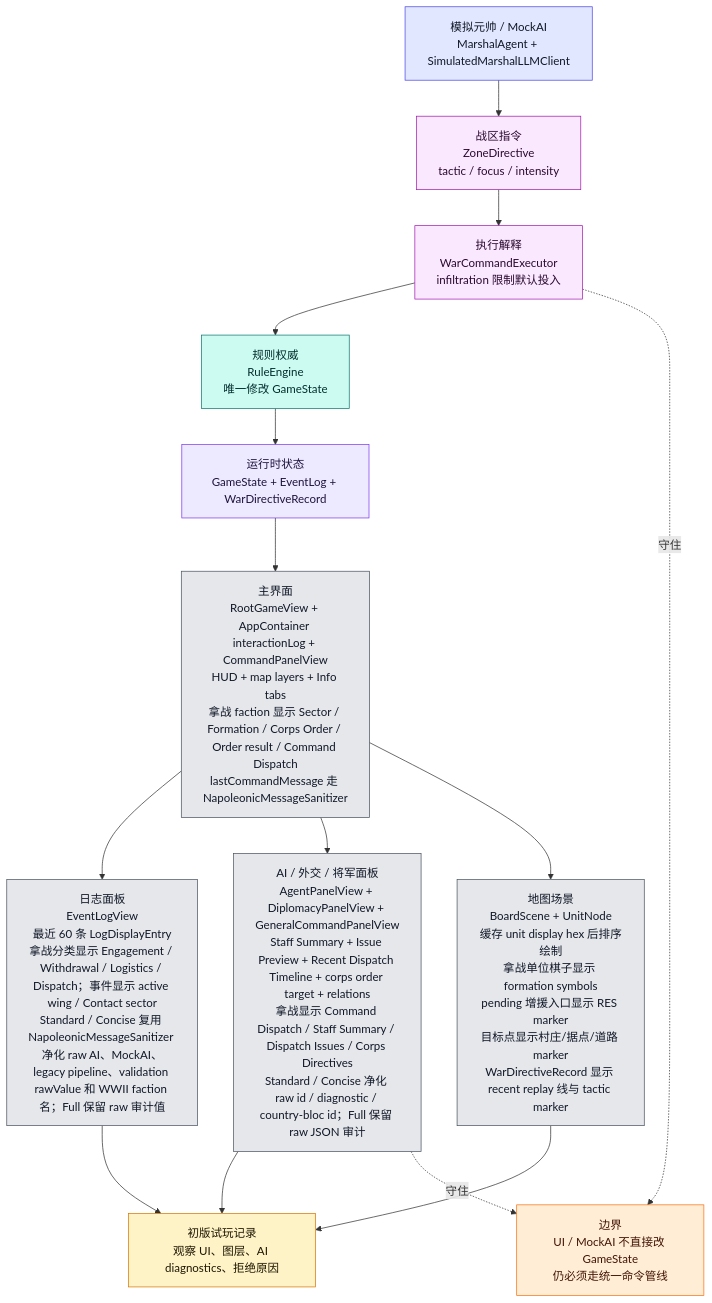
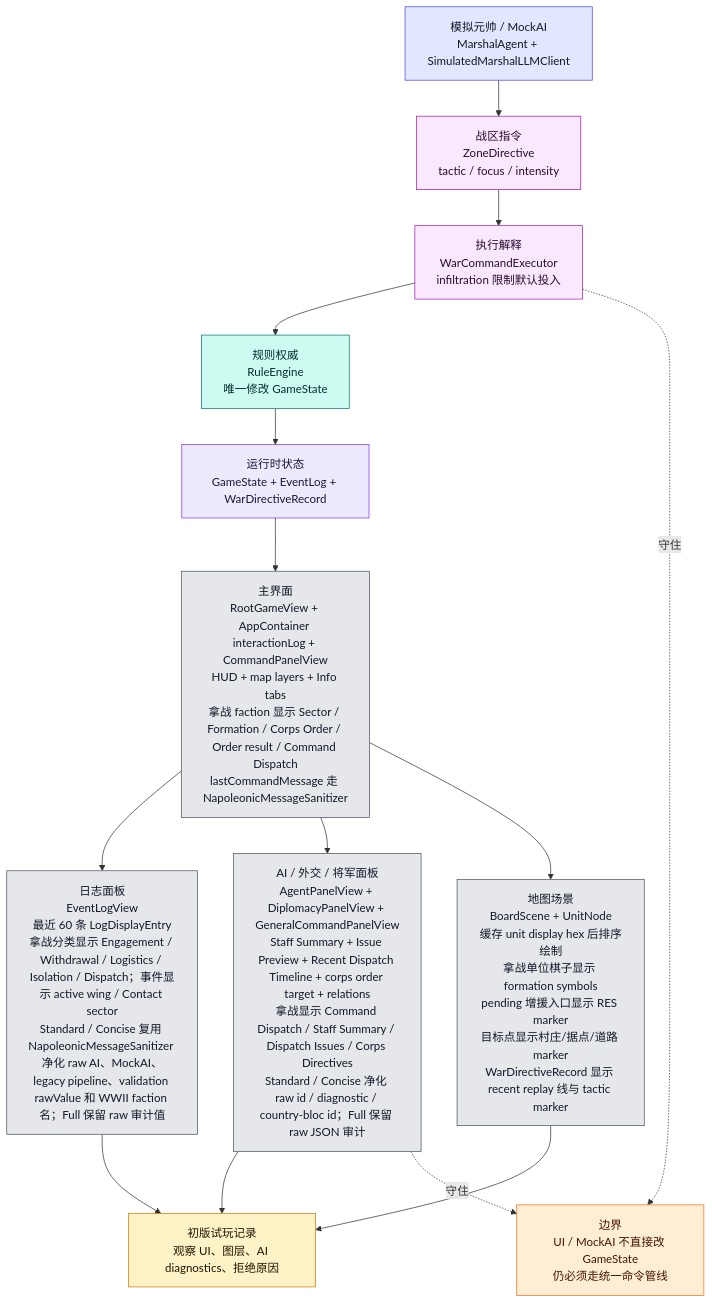
One commit to Altman-sam114/122 changed the eighth of 9 diagrams in md/flow/flowchart.md. Above: the diagram before and after it, drawn with Mermaid. The commit also changed other lines of this file and 7 other files, not shown here.

````diff
--- a/md/flow/flowchart.md
+++ b/md/flow/flowchart.md
@@ -430,34 +430,34 @@
 ```mermaid
 flowchart TD
     STATE["运行时状态<br/>GameState + EventLog + WarDirectiveRecord"]:::state
     ROOT["主界面<br/>RootGameView + AppContainer interactionLog + CommandPanelView<br/>HUD + map layers + Info tabs<br/>拿战 faction 显示 Sector / Formation / Corps Order / Order result / Command Dispatch<br/>lastCommandMessage 走 NapoleonicMessageSanitizer"]:::ui
-    LOG["日志面板<br/>EventLogView<br/>最近 60 条 LogDisplayEntry<br/>拿战分类显示 Engagement / Withdrawal / Logistics / Dispatch；事件显示 active wing / Contact sector<br/>Standard / Concise 复用 NapoleonicMessageSanitizer 净化 raw AI、MockAI、legacy pipeline、validation rawValue 和 WWII faction 名；Full 保留 raw 审计值"]:::ui
+    LOG["日志面板<br/>EventLogView<br/>最近 60 条 LogDisplayEntry<br/>拿战分类显示 Engagement / Withdrawal / Logistics / Isolation / Dispatch；事件显示 active wing / Contact sector<br/>Standard / Concise 复用 NapoleonicMessageSanitizer 净化 raw AI、MockAI、legacy pipeline、validation rawValue 和 WWII faction 名；Full 保留 raw 审计值"]:::ui
     AIUI["AI / 外交 / 将军面板<br/>AgentPanelView + DiplomacyPanelView + GeneralCommandPanelView<br/>Staff Summary + Issue Preview + Recent Dispatch Timeline + corps order target + relations<br/>拿战显示 Command Dispatch / Staff Summary / Dispatch Issues / Corps Directives<br/>Standard / Concise 净化 raw id / diagnostic / country-bloc id；Full 保留 raw JSON 审计"]:::ui
     BOARD["地图场景<br/>BoardScene + UnitNode<br/>缓存 unit display hex 后排序绘制<br/>拿战单位棋子显示 formation symbols<br/>pending 增援入口显示 RES marker<br/>目标点显示村庄/据点/道路 marker<br/>WarDirectiveRecord 显示 recent replay 线与 tactic marker"]:::ui
     MARSHAL["模拟元帅 / MockAI<br/>MarshalAgent + SimulatedMarshalLLMClient"]:::ai
     ZD["战区指令<br/>ZoneDirective<br/>tactic / focus / intensity"]:::command
     WCE["执行解释<br/>WarCommandExecutor<br/>infiltration 限制默认投入"]:::command
     RULE["规则权威<br/>RuleEngine<br/>唯一修改 GameState"]:::rules
     PLAYTEST["初版试玩记录<br/>观察 UI、图层、AI diagnostics、拒绝原因"]:::doc
 
     STATE --> ROOT
     ROOT --> LOG
     ROOT --> AIUI
     ROOT --> BOARD
     MARSHAL --> ZD --> WCE --> RULE --> STATE
     AIUI --> PLAYTEST
     LOG --> PLAYTEST
     BOARD --> PLAYTEST
 
     WARN["边界<br/>UI / MockAI 不直接改 GameState<br/>仍必须走统一命令管线"]:::warn
     AIUI -.守住.-> WARN
     WCE -.守住.-> WARN
 
     classDef state fill:#ede9fe,stroke:#7c3aed,color:#1f143d
     classDef ui fill:#e5e7eb,stroke:#4b5563,color:#111827
     classDef ai fill:#e0e7ff,stroke:#4f46e5,color:#111827
     classDef command fill:#fae8ff,stroke:#a21caf,color:#2a0a2f
     classDef rules fill:#ccfbf1,stroke:#0f766e,color:#042f2e
     classDef doc fill:#fef3c7,stroke:#d97706,color:#1f1600
     classDef warn fill:#ffedd5,stroke:#f97316,color:#431407
 ```
````
